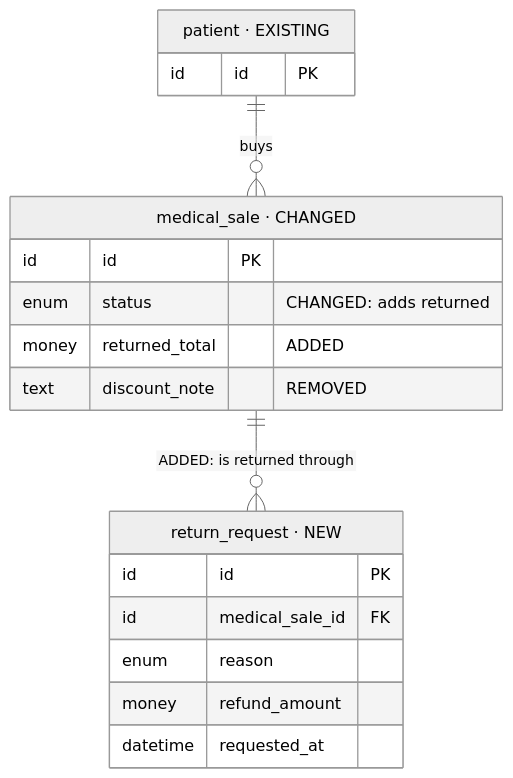
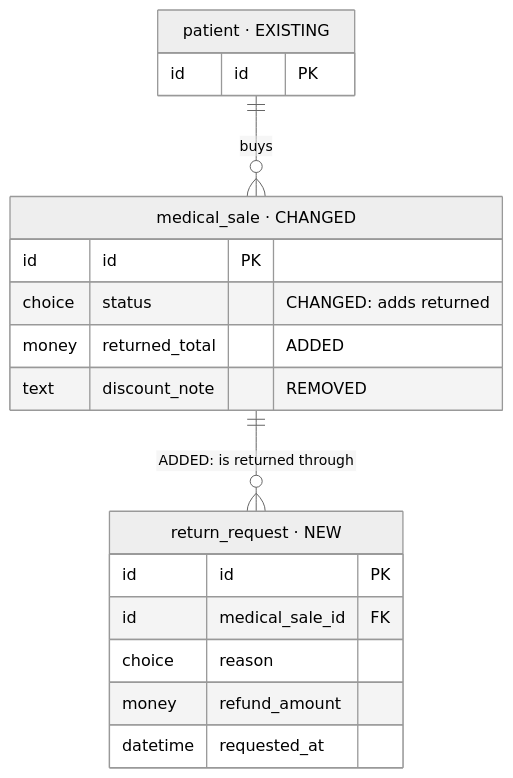
The first of 2 diagrams in agent-os/skills/be-iteration-planning/SKILL.md (albetrios/clinozy-be), drawn with Mermaid (neutral theme) before and after one commit. The commit also changed other lines of this file and 8 other files, not shown here.

````diff
--- a/agent-os/skills/be-iteration-planning/SKILL.md
+++ b/agent-os/skills/be-iteration-planning/SKILL.md
@@ -164,21 +226,21 @@
 ```mermaid
 erDiagram
   return_request["return_request · NEW"] {
     id id PK
     id medical_sale_id FK
-    enum reason
+    choice reason
     money refund_amount
     datetime requested_at
   }
   medical_sale["medical_sale · CHANGED"] {
     id id PK
-    enum status "CHANGED: adds returned"
+    choice status "CHANGED: adds returned"
     money returned_total "ADDED"
     text discount_note "REMOVED"
   }
   patient["patient · EXISTING"] {
     id id PK
   }
   patient ||--o{ medical_sale : "buys"
   medical_sale ||--o{ return_request : "ADDED: is returned through"
 ```
````
